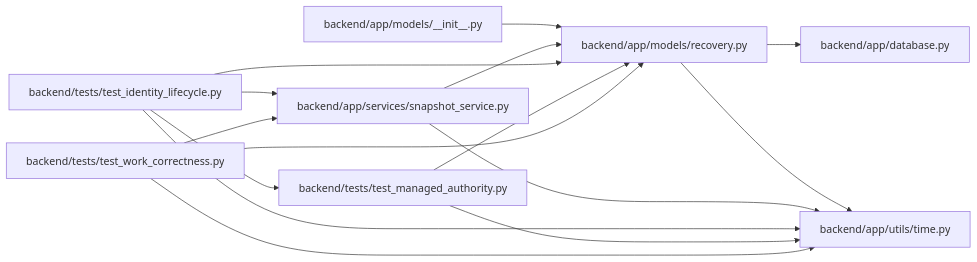
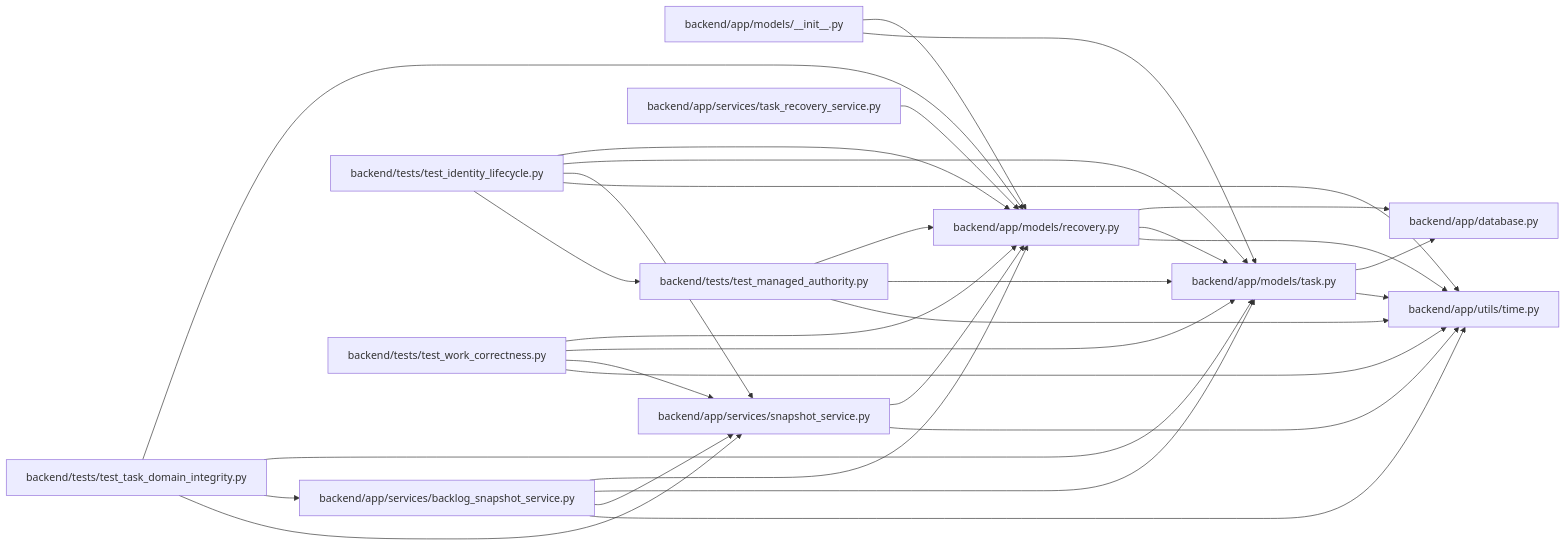
One commit to Denissvgn/WorkChord changed the diagram in docs/llm_wiki/modules/recovery.md. Above: the diagram before and after it, drawn with Mermaid. The commit also changed other lines of this file and 1238 other files, not shown here.

First line of the commit message:
docs(wiki): publish compact canonical domain architecture

````diff
--- a/docs/llm_wiki/modules/recovery.md
+++ b/docs/llm_wiki/modules/recovery.md
@@ -24,33 +29,57 @@
 ```mermaid
 flowchart LR
     n0["backend/app/database.py"]
     n1["backend/app/models/__init__.py"]
     n2["backend/app/models/recovery.py"]
-    n3["backend/app/services/snapshot_service.py"]
-    n4["backend/app/utils/time.py"]
-    n5["backend/tests/test_identity_lifecycle.py"]
-    n6["backend/tests/test_managed_authority.py"]
-    n7["backend/tests/test_work_correctness.py"]
+    n3["backend/app/models/task.py"]
+    n4["backend/app/services/backlog_snapshot_service.py"]
+    n5["backend/app/services/snapshot_service.py"]
+    n6["backend/app/services/task_recovery_service.py"]
+    n7["backend/app/utils/time.py"]
+    n8["backend/tests/test_identity_lifecycle.py"]
+    n9["backend/tests/test_managed_authority.py"]
+    n10["backend/tests/test_task_domain_integrity.py"]
+    n11["backend/tests/test_work_correctness.py"]
     n1 --> n2
+    n1 --> n3
     n2 --> n0
-    n2 --> n4
-    n3 --> n2
-    n3 --> n4
+    n2 --> n3
+    n2 --> n7
+    n3 --> n0
+    n3 --> n7
+    n4 --> n2
+    n4 --> n3
+    n4 --> n5
+    n4 --> n7
     n5 --> n2
-    n5 --> n3
-    n5 --> n4
-    n5 --> n6
+    n5 --> n7
     n6 --> n2
-    n6 --> n4
-    n7 --> n2
-    n7 --> n3
-    n7 --> n4
+    n8 --> n2
+    n8 --> n3
+    n8 --> n5
+    n8 --> n7
+    n8 --> n9
+    n9 --> n2
+    n9 --> n3
+    n9 --> n7
+    n10 --> n2
+    n10 --> n3
+    n10 --> n4
+    n10 --> n5
+    n11 --> n2
+    n11 --> n3
+    n11 --> n5
+    n11 --> n7
     click n0 "../modules/app_database.md"
     click n1 "../modules/models___init__.md"
     click n2 "../modules/recovery.md"
-    click n3 "../modules/snapshot_service.md"
-    click n4 "../modules/time.md"
-    click n5 "../modules/test_identity_lifecycle.md"
-    click n6 "../modules/test_managed_authority.md"
-    click n7 "../modules/test_work_correctness.md"
+    click n3 "../modules/models_task.md"
+    click n4 "../modules/backlog_snapshot_service.md"
+    click n5 "../modules/snapshot_service.md"
+    click n6 "../modules/task_recovery_service.md"
+    click n7 "../modules/time.md"
+    click n8 "../modules/test_identity_lifecycle.md"
+    click n9 "../modules/test_managed_authority.md"
+    click n10 "../modules/test_task_domain_integrity.md"
+    click n11 "../modules/test_work_correctness.md"
 ```
````
